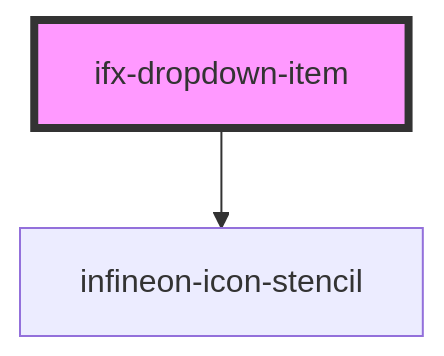
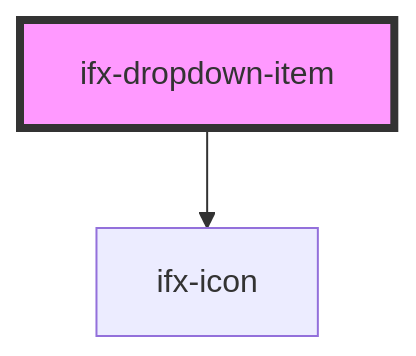
The diagram in src/components/dropdown-item/readme.md (Infineon/infineon-design-system-stencil), drawn with Mermaid before and after one commit. The commit also changed other lines of this file and 5 other files, not shown here.

Commit message:
ifx-icon release version

````diff
--- a/src/components/dropdown-item/readme.md
+++ b/src/components/dropdown-item/readme.md
@@ -26,5 +26,5 @@
 ```mermaid
 graph TD;
-  ifx-dropdown-item --> infineon-icon-stencil
+  ifx-dropdown-item --> ifx-icon
   style ifx-dropdown-item fill:#f9f,stroke:#333,stroke-width:4px
 ```
````
